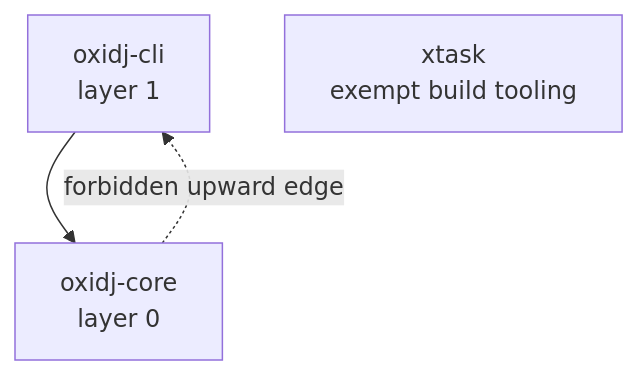
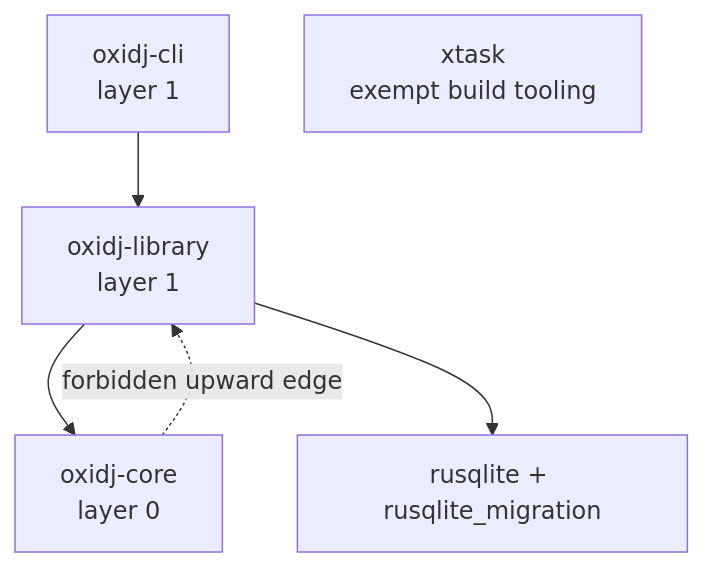
The diagram in docs/layers-policy.md (Senci/oxidj), drawn with Mermaid before and after one commit. The commit also changed other lines of this file and 12 other files, not shown here.

````diff
--- a/docs/layers-policy.md
+++ b/docs/layers-policy.md
@@ -23,6 +26,8 @@
 ```mermaid
 flowchart TB
-    cli["oxidj-cli<br/>layer 1"] --> core["oxidj-core<br/>layer 0"]
-    core -. "forbidden upward edge" .-> cli
+    cli["oxidj-cli<br/>layer 1"] --> library["oxidj-library<br/>layer 1"]
+    library --> core["oxidj-core<br/>layer 0"]
+    library --> sqlite["rusqlite + rusqlite_migration"]
+    core -. "forbidden upward edge" .-> library
     xtask["xtask<br/>exempt build tooling"]
 ```
````
